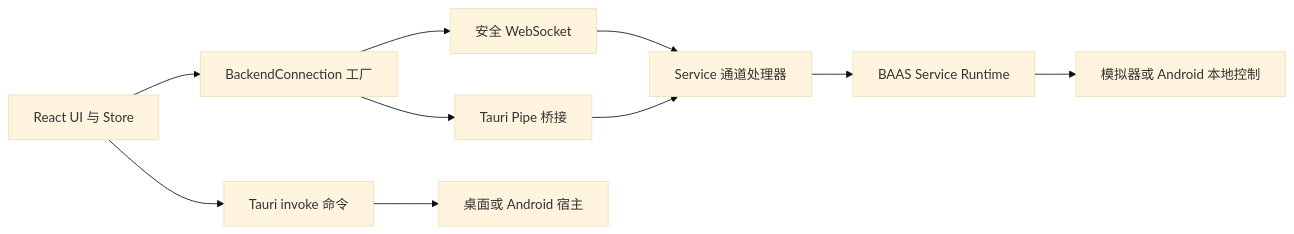
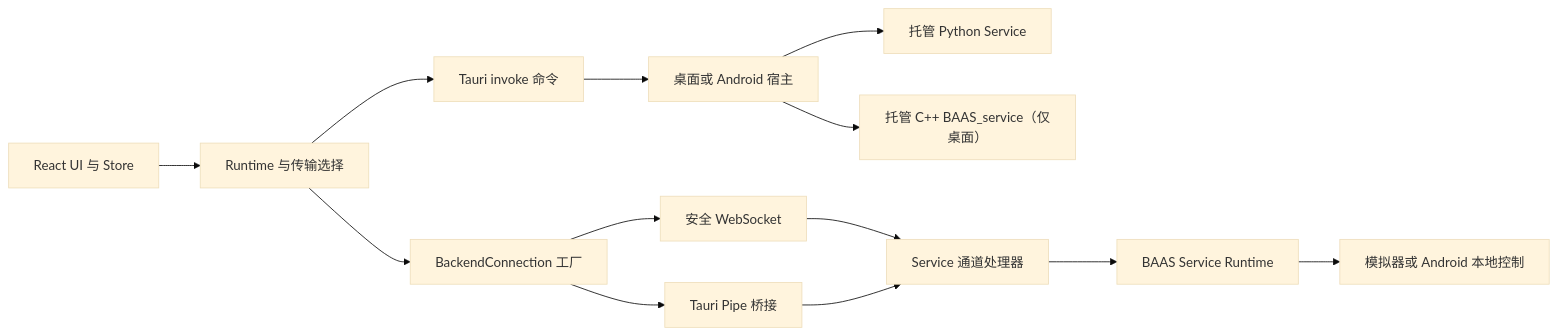
The diagram in docs/content/docs/zh/api/overview.mdx (Kiramei/baas-tauri), drawn with Mermaid (base theme) before and after one commit. The commit also changed other lines of this file and 27 other files, not shown here.

````diff
--- a/docs/content/docs/zh/api/overview.mdx
+++ b/docs/content/docs/zh/api/overview.mdx
@@ -10,12 +12,15 @@
 ```mermaid
 flowchart LR
-  UI["React UI 与 Store"] --> IPC["Tauri invoke 命令"]
-  UI --> Factory["BackendConnection 工厂"]
+  UI["React UI 与 Store"] --> Selection["Runtime 与传输选择"]
+  Selection --> IPC["Tauri invoke 命令"]
+  Selection --> Factory["BackendConnection 工厂"]
   Factory --> WS["安全 WebSocket"]
   Factory --> Pipe["Tauri Pipe 桥接"]
   IPC --> Host["桌面或 Android 宿主"]
+  Host --> Python["托管 Python Service"]
+  Host --> Cpp["托管 C++ BAAS_service（仅桌面）"]
   WS --> Channels["Service 通道处理器"]
   Pipe --> Channels
   Channels --> Runtime["BAAS Service Runtime"]
   Runtime --> Device["模拟器或 Android 本地控制"]
 ```
````
